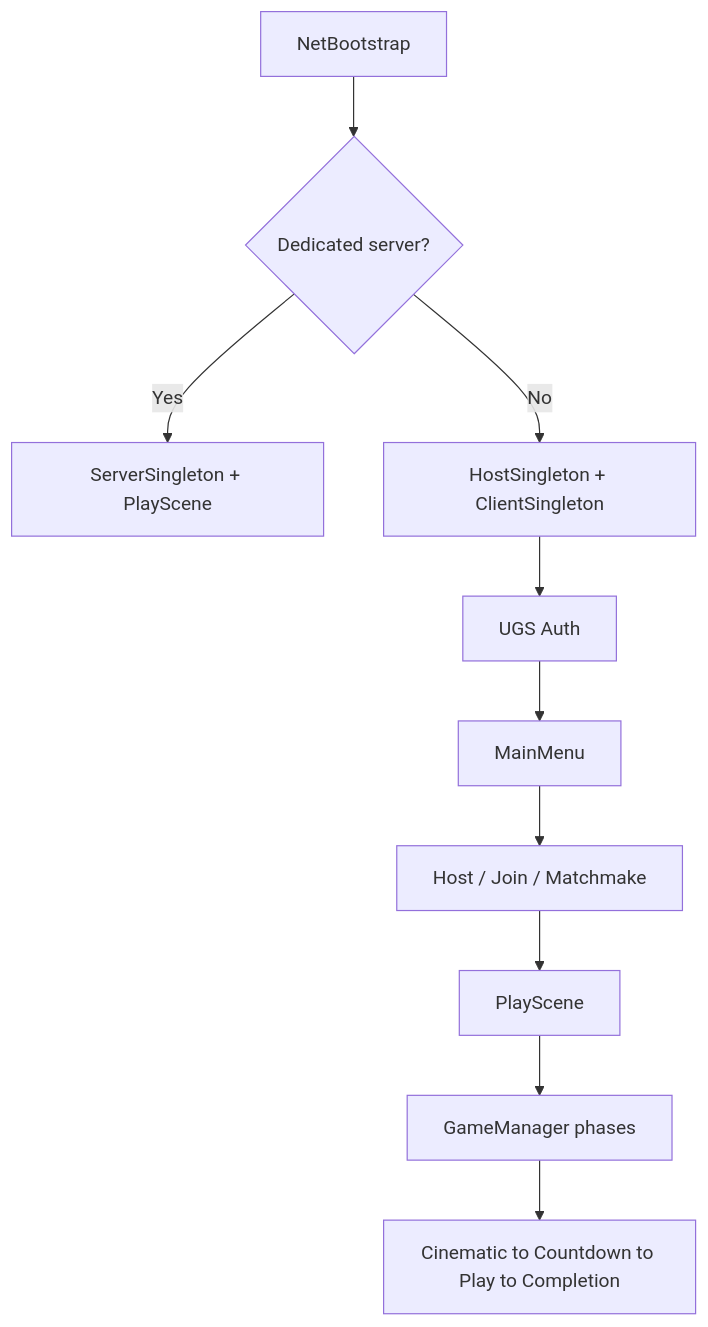
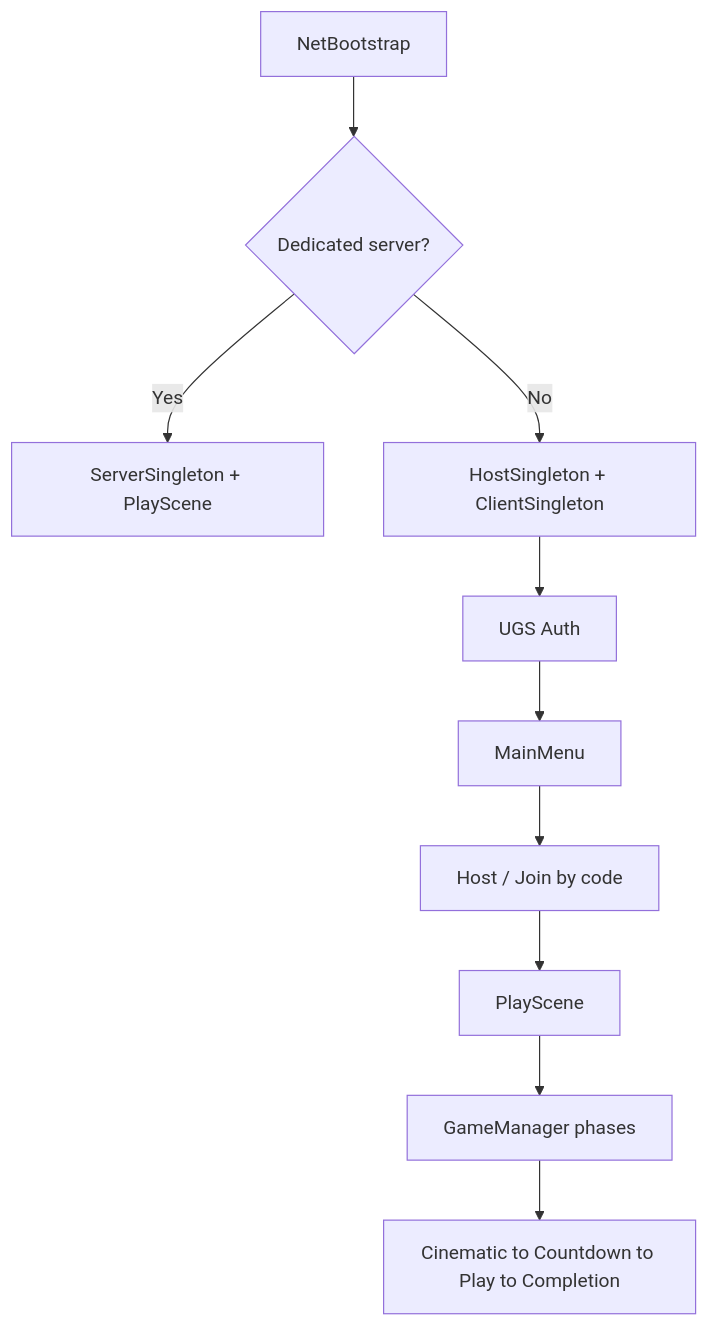
The diagram in docs/architecture.md (TimoKuronen/HoverCar-Derby), drawn with Mermaid before and after one commit. The commit also changed other lines of this file and 3 other files, not shown here.

````diff
--- a/docs/architecture.md
+++ b/docs/architecture.md
@@ -42,12 +42,12 @@
 ```mermaid
 flowchart TD
     A[NetBootstrap] --> B{Dedicated server?}
     B -->|Yes| C[ServerSingleton + PlayScene]
     B -->|No| D[HostSingleton + ClientSingleton]
     D --> E[UGS Auth]
     E --> F[MainMenu]
-    F --> G[Host / Join / Matchmake]
+    F --> G[Host / Join by code]
     G --> H[PlayScene]
     H --> I[GameManager phases]
     I --> J[Cinematic to Countdown to Play to Completion]
 ```
````
